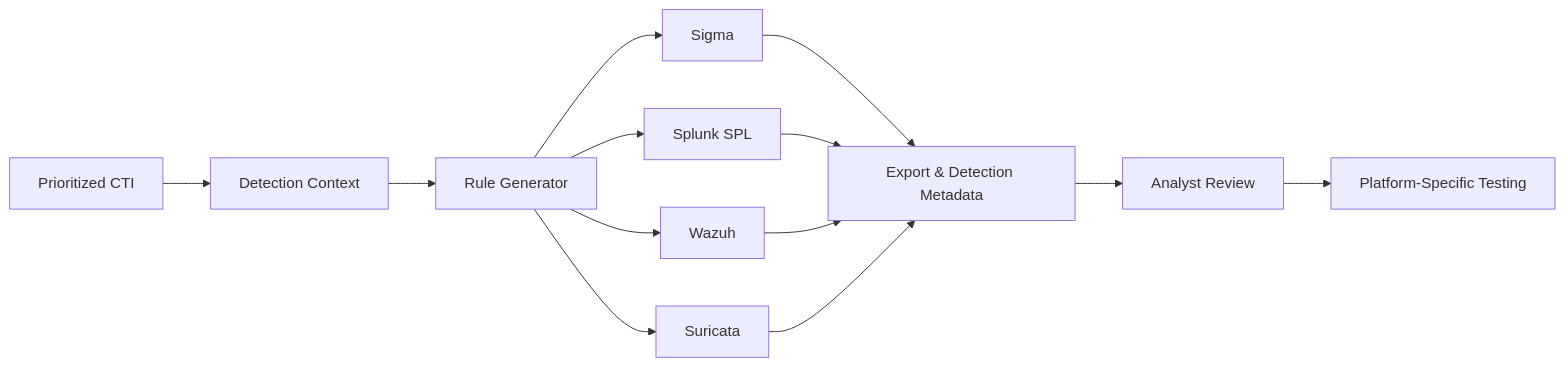
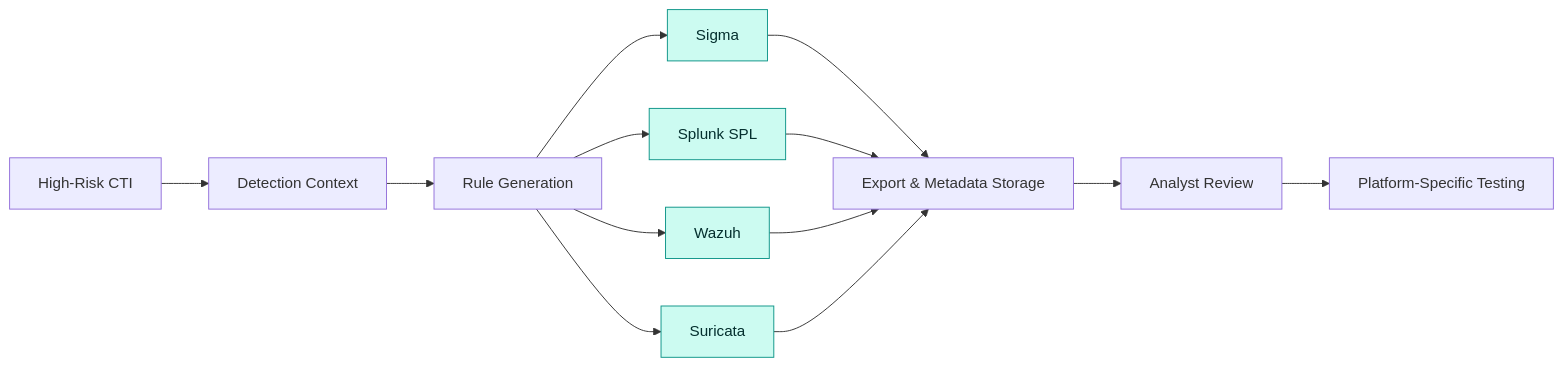
Before and after one commit to aminemaouhoub1312/ShadowScope-AM: the second of 2 diagrams in README.md, drawn with Mermaid. The commit also changed other lines of this file, not shown here.

````diff
--- a/README.md
+++ b/README.md
@@ -456,15 +485,17 @@
 ```mermaid
 flowchart LR
-    A[Prioritized CTI] --> B[Detection Context]
-    B --> C[Rule Generator]
-    C --> D[Sigma]
-    C --> E[Splunk SPL]
-    C --> F[Wazuh]
-    C --> G[Suricata]
-    D --> H[Export & Detection Metadata]
+    A["High-Risk CTI"] --> B["Detection Context"]
+    B --> C["Rule Generation"]
+    C --> D["Sigma"]
+    C --> E["Splunk SPL"]
+    C --> F["Wazuh"]
+    C --> G["Suricata"]
+    D --> H["Export & Metadata Storage"]
     E --> H
     F --> H
     G --> H
-    H --> I[Analyst Review]
-    I --> J[Platform-Specific Testing]
+    H --> I["Analyst Review"]
+    I --> J["Platform-Specific Testing"]
+    classDef output fill:#CCFBF1,stroke:#0D9488,color:#042F2E;
+    class D,E,F,G output;
 ```
````
